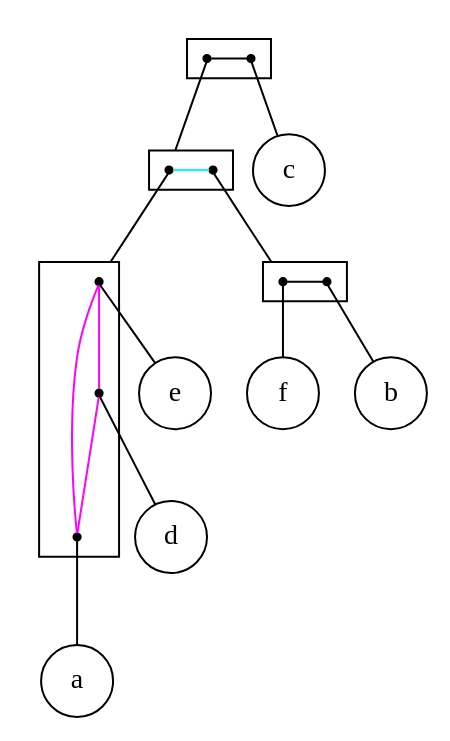
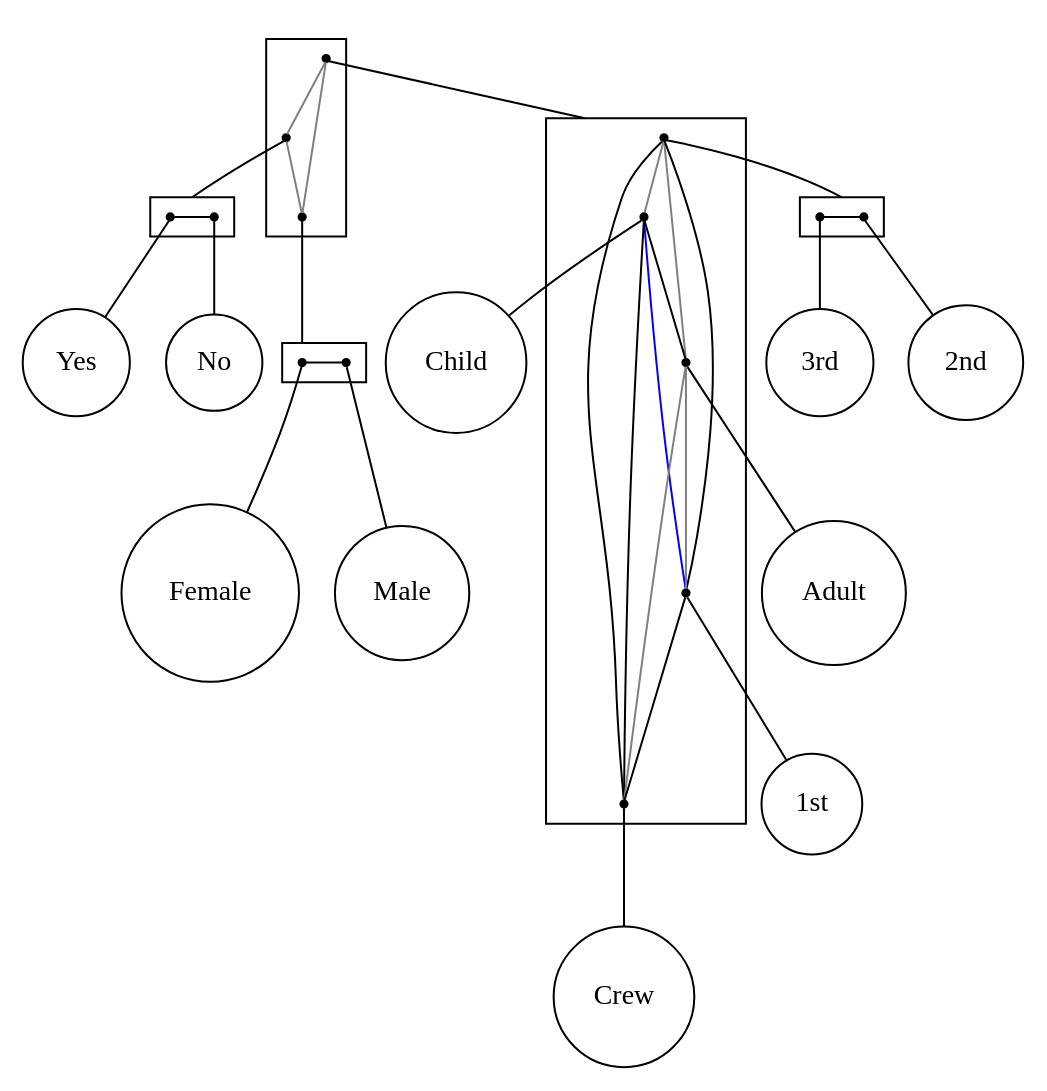
The diagram in src/final/linear_2-structure.dot (lrodrin/TFG), drawn with Graphviz before and after one commit. The commit also changed 10 other files, not shown here.

```diff
--- a/src/final/linear_2-structure.dot
+++ b/src/final/linear_2-structure.dot
@@ -1,47 +1,70 @@
 strict digraph "linear_2-structure" {
 compound=true;
 fontname=Verdana;
 fontsize=12;
 newrank=true;
 node [shape=circle];
-c;
-e;
-d;
-a;
-f;
-b;
-subgraph cluster_ecdbaf {
+Child;
+Adult;
+"1st";
+Crew;
+"2nd";
+"3rd";
+Female;
+Male;
+Yes;
+No;
+subgraph cluster_Yes1stAdult3rdNoFemale2ndChildCrewMale {
+node [shape=point];
+s_3rd1st2ndAdultChildCrew -> s_YesNo  [arrowhead=none, color=grey];
+s_3rd1st2ndAdultChildCrew -> s_FemaleMale  [arrowhead=none, color=grey];
+s_YesNo -> s_FemaleMale  [arrowhead=none, color=grey];
+}
+
+subgraph cluster_3rd1st2ndAdultChildCrew {
+node [shape=point];
+s_3rd2nd -> s_Child  [arrowhead=none, color=grey];
+s_3rd2nd -> s_Adult  [arrowhead=none, color=grey];
+s_3rd2nd -> s_1st  [arrowhead=none, color=black];
+s_3rd2nd -> s_Crew  [arrowhead=none, color=black];
+s_Child -> s_Adult  [arrowhead=none, color=black];
+s_Child -> s_1st  [arrowhead=none, color=blue];
+s_Child -> s_Crew  [arrowhead=none, color=black];
+s_Adult -> s_1st  [arrowhead=none, color=grey];
+s_Adult -> s_Crew  [arrowhead=none, color=grey];
+s_1st -> s_Crew  [arrowhead=none, color=black];
+}
+
+subgraph cluster_3rd2nd {
 rank=same;
 node [shape=point];
-s_edbaf -> s_c  [arrowhead=none, color=black];
+s_2nd -> s_3rd  [arrowhead=none, color=black];
 }
 
-subgraph cluster_edbaf {
+subgraph cluster_FemaleMale {
 rank=same;
 node [shape=point];
-s_eda -> s_fb  [arrowhead=none, color=cyan];
+s_Female -> s_Male  [arrowhead=none, color=black];
 }
 
-subgraph cluster_eda {
+subgraph cluster_YesNo {
+rank=same;
 node [shape=point];
-s_e -> s_d  [arrowhead=none, color=magenta];
-s_e -> s_a  [arrowhead=none, color=magenta];
-s_d -> s_a  [arrowhead=none, color=magenta];
+s_Yes -> s_No  [arrowhead=none, color=black];
 }
 
-subgraph cluster_fb {
-rank=same;
-node [shape=point];
-s_f -> s_b  [arrowhead=none, color=black];
+s_3rd1st2ndAdultChildCrew -> s_3rd2nd  [arrowhead=none, lhead=cluster_3rd1st2ndAdultChildCrew];
+s_YesNo -> s_Yes  [arrowhead=none, lhead=cluster_YesNo];
+s_FemaleMale -> s_Female  [arrowhead=none, lhead=cluster_FemaleMale];
+s_3rd2nd -> s_2nd  [arrowhead=none, lhead=cluster_3rd2nd];
+s_Child -> Child  [arrowhead=none];
+s_Adult -> Adult  [arrowhead=none];
+s_1st -> "1st"  [arrowhead=none];
+s_Crew -> Crew  [arrowhead=none];
+s_2nd -> "2nd"  [arrowhead=none];
+s_3rd -> "3rd"  [arrowhead=none];
+s_Female -> Female  [arrowhead=none];
+s_Male -> Male  [arrowhead=none];
+s_Yes -> Yes  [arrowhead=none];
+s_No -> No  [arrowhead=none];
 }
-
-s_edbaf -> s_eda  [arrowhead=none, lhead=cluster_edbaf];
-s_c -> c  [arrowhead=none];
-s_eda -> s_e  [arrowhead=none, lhead=cluster_eda];
-s_fb -> s_f  [arrowhead=none, lhead=cluster_fb];
-s_e -> e  [arrowhead=none];
-s_d -> d  [arrowhead=none];
-s_a -> a  [arrowhead=none];
-s_f -> f  [arrowhead=none];
-s_b -> b  [arrowhead=none];
-}
```
